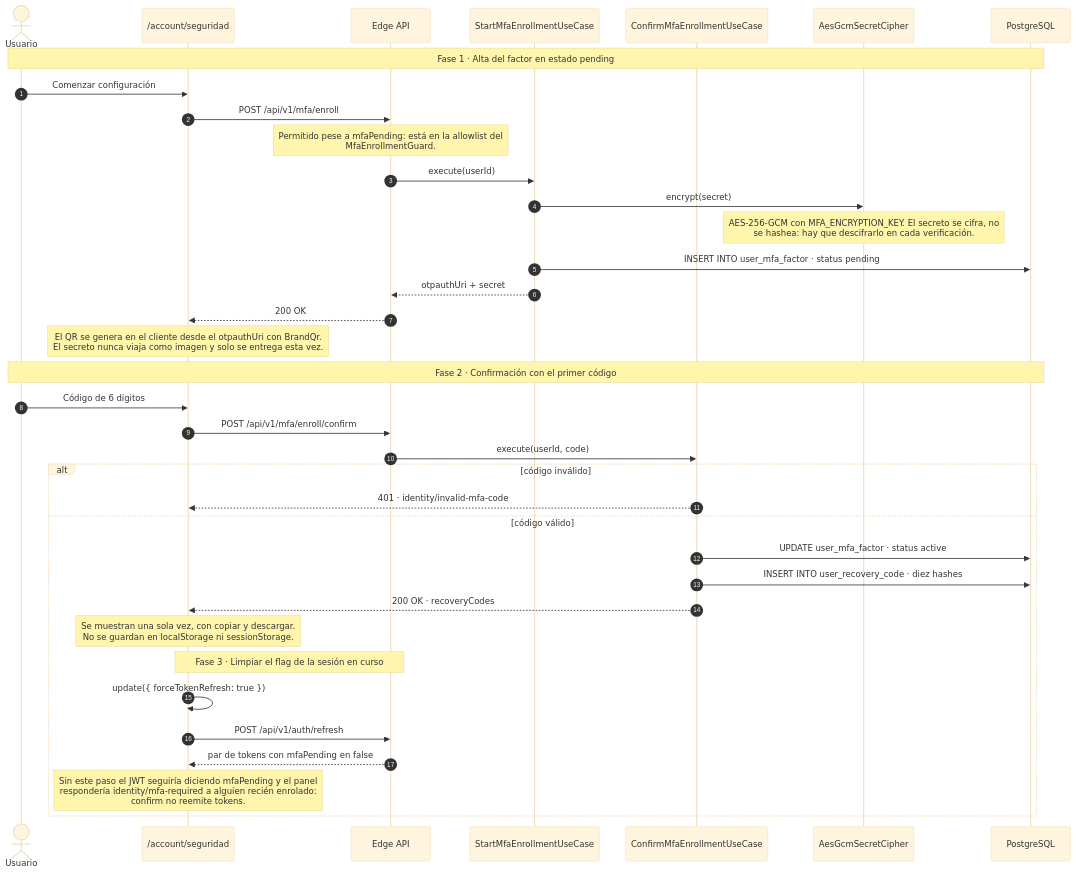
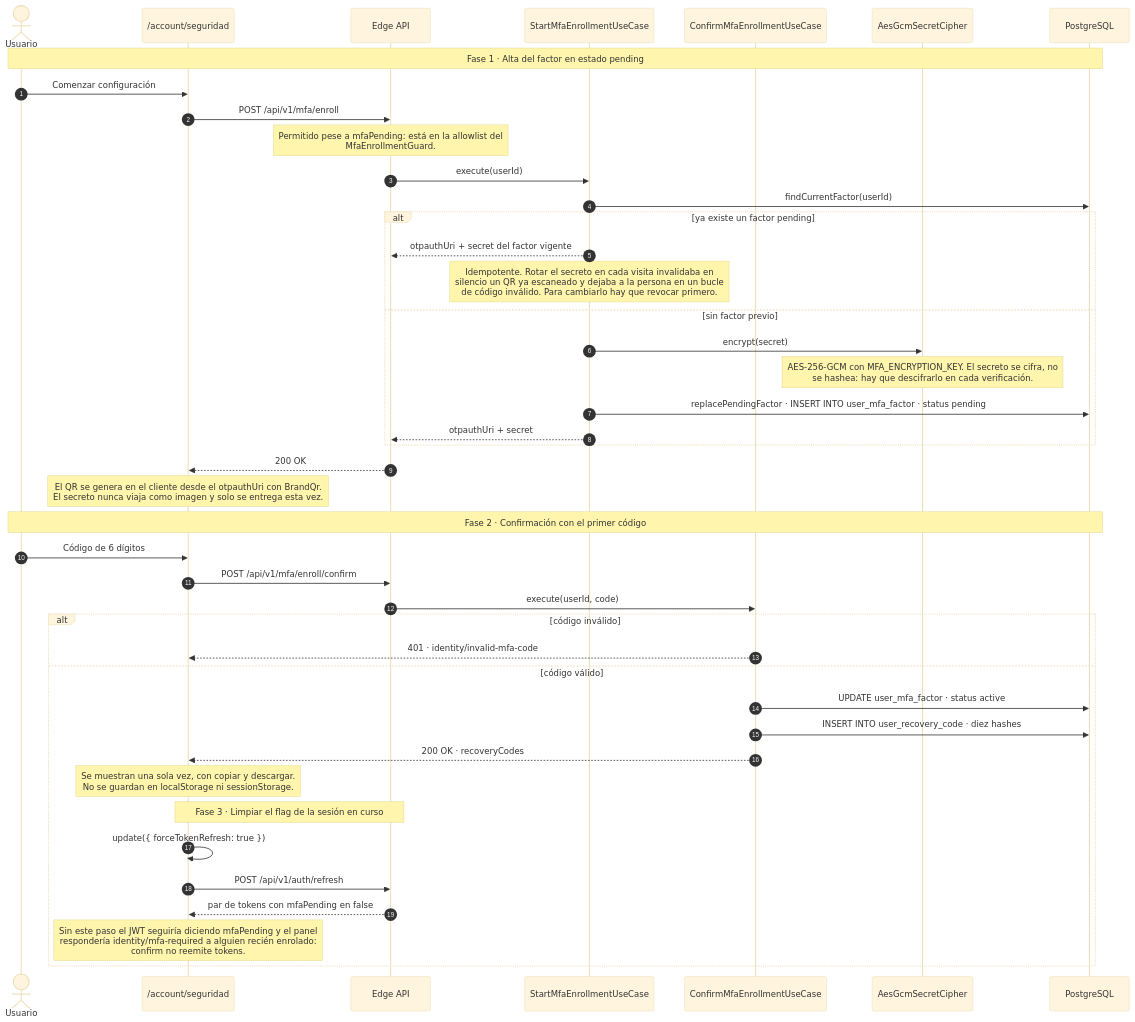
Before and after one commit to jwilsonar/urnight_mvp: diagram 17 of 17 in docs/diagramas-secuencia/01-identidad-acceso.md, drawn with Mermaid (base theme).

Commit message:
docs: SD-14 refleja el enrolamiento idempotente
La fase 1 mostraba un INSERT incondicional en user_mfa_factor. Tras el
arreglo hay bifurcacion: con un factor pending vigente se devuelve ese
mismo secreto y no se escribe nada.

La nota deja constancia del porque, que es lo que costo el bug: rotar el
secreto en cada visita invalidaba en silencio un QR ya escaneado.

Validador en verde, fases 1 y 2: 17/17 renderizados.

````diff
--- a/docs/diagramas-secuencia/01-identidad-acceso.md
+++ b/docs/diagramas-secuencia/01-identidad-acceso.md
@@ -1077,42 +1077,48 @@
 ```mermaid
 sequenceDiagram
     autonumber
     actor U as Usuario
     participant SEC as /account/seguridad
     participant EDGE as Edge API
     participant SU as StartMfaEnrollmentUseCase
     participant CU as ConfirmMfaEnrollmentUseCase
     participant CI as AesGcmSecretCipher
     participant DB as PostgreSQL
 
     note over U, DB: Fase 1 · Alta del factor en estado pending
     U->>SEC: Comenzar configuración
     SEC->>EDGE: POST /api/v1/mfa/enroll
     note over EDGE: Permitido pese a mfaPending: está en la allowlist del<br/>MfaEnrollmentGuard.
     EDGE->>SU: execute(userId)
-    SU->>CI: encrypt(secret)
-    note over CI: AES-256-GCM con MFA_ENCRYPTION_KEY. El secreto se cifra, no<br/>se hashea: hay que descifrarlo en cada verificación.
-    SU->>DB: INSERT INTO user_mfa_factor · status pending
-    SU-->>EDGE: otpauthUri + secret
+    SU->>DB: findCurrentFactor(userId)
+    alt ya existe un factor pending
+        SU-->>EDGE: otpauthUri + secret del factor vigente
+        note over SU: Idempotente. Rotar el secreto en cada visita invalidaba en<br/>silencio un QR ya escaneado y dejaba a la persona en un bucle<br/>de código inválido. Para cambiarlo hay que revocar primero.
+    else sin factor previo
+        SU->>CI: encrypt(secret)
+        note over CI: AES-256-GCM con MFA_ENCRYPTION_KEY. El secreto se cifra, no<br/>se hashea: hay que descifrarlo en cada verificación.
+        SU->>DB: replacePendingFactor · INSERT INTO user_mfa_factor · status pending
+        SU-->>EDGE: otpauthUri + secret
+    end
     EDGE-->>SEC: 200 OK
     note over SEC: El QR se genera en el cliente desde el otpauthUri con BrandQr.<br/>El secreto nunca viaja como imagen y solo se entrega esta vez.
 
     note over U, DB: Fase 2 · Confirmación con el primer código
     U->>SEC: Código de 6 dígitos
     SEC->>EDGE: POST /api/v1/mfa/enroll/confirm
     EDGE->>CU: execute(userId, code)
     alt código inválido
         CU-->>SEC: 401 · identity/invalid-mfa-code
     else código válido
         CU->>DB: UPDATE user_mfa_factor · status active
         CU->>DB: INSERT INTO user_recovery_code · diez hashes
         CU-->>SEC: 200 OK · recoveryCodes
         note over SEC: Se muestran una sola vez, con copiar y descargar.<br/>No se guardan en localStorage ni sessionStorage.
 
         note over SEC, EDGE: Fase 3 · Limpiar el flag de la sesión en curso
         SEC->>SEC: update({ forceTokenRefresh: true })
         SEC->>EDGE: POST /api/v1/auth/refresh
         EDGE-->>SEC: par de tokens con mfaPending en false
         note over SEC: Sin este paso el JWT seguiría diciendo mfaPending y el panel<br/>respondería identity/mfa-required a alguien recién enrolado:<br/>confirm no reemite tokens.
     end
 ```
````
